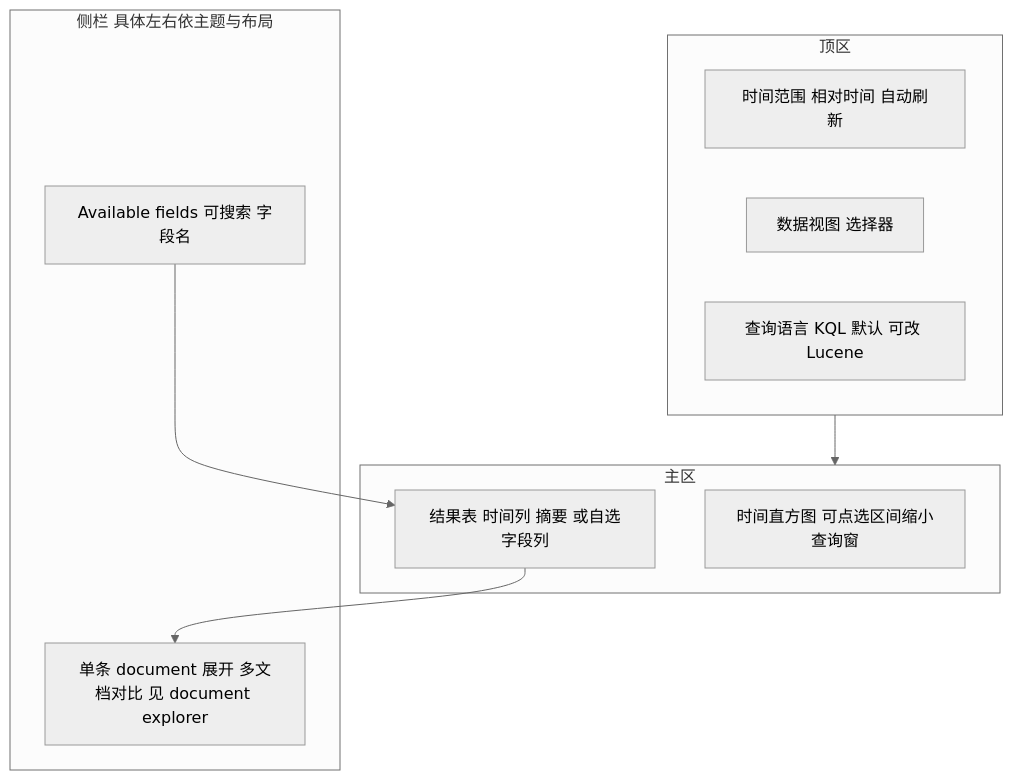
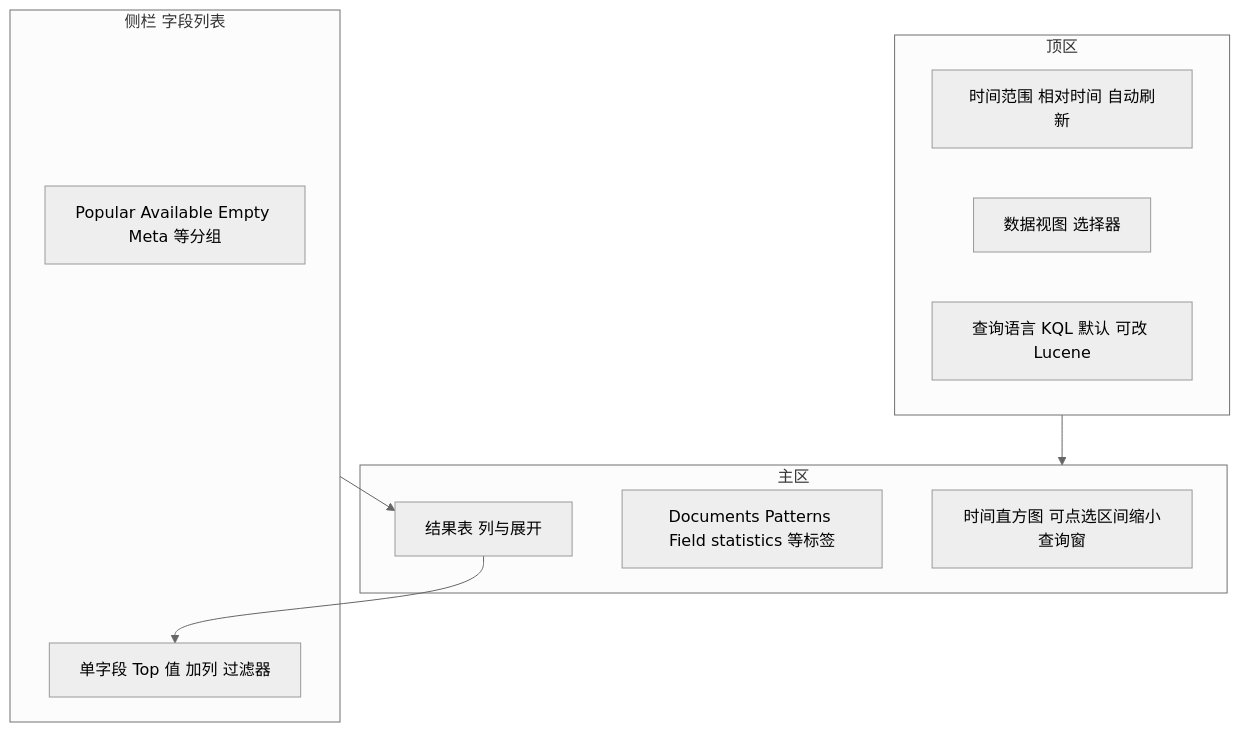
Diagram 18 of 35 in docs/efk/EFK.md (brinnatt/kubeauto), drawn with Mermaid (neutral theme) before and after one commit. The commit also changed other lines of this file, not shown here.

````diff
--- a/docs/efk/EFK.md
+++ b/docs/efk/EFK.md
@@ -1129,19 +1129,20 @@
 ```mermaid
 flowchart TB
   subgraph top[顶区]
     T1[时间范围 相对时间 自动刷新]
     T2[数据视图 选择器]
     T3[查询语言 KQL 默认 可改 Lucene]
   end
   subgraph main[主区]
     M1[时间直方图 可点选区间缩小查询窗]
-    M2[结果表 时间列 摘要 或自选字段列]
+    M2[Documents Patterns Field statistics 等标签]
+    M3[结果表 列与展开]
   end
-  subgraph flanks[侧栏 具体左右依主题与布局]
-    F1[Available fields 可搜索 字段名]
-    F2[单条 document 展开 多文档对比 见 document explorer]
+  subgraph flanks[侧栏 字段列表]
+    F1[Popular Available Empty Meta 等分组]
+    F2[单字段 Top 值 加列 过滤器]
   end
   top --> main
-  F1 --> M2
-  M2 --> F2
+  flanks --> M3
+  M3 --> F2
 ```
````
